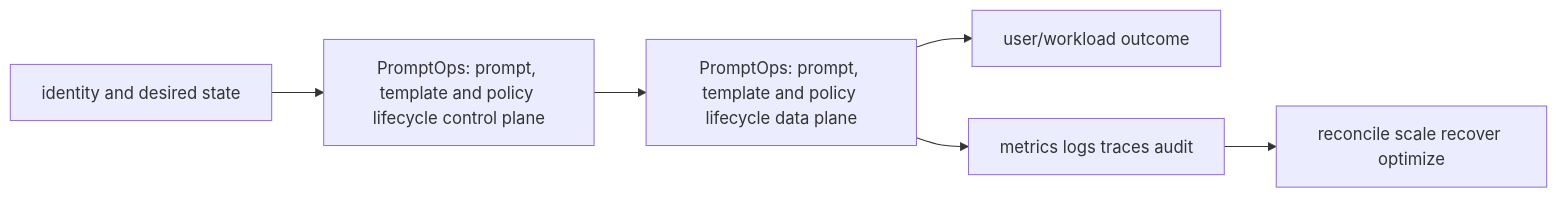
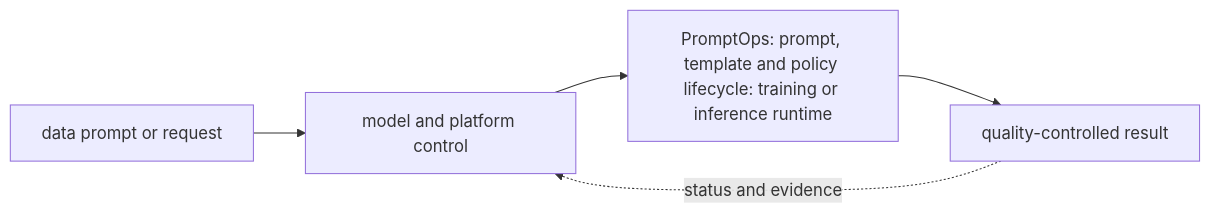
One commit to tomkidumbuyo/DevOps-interview-preparation changed the diagram in 11-ai-platform/08-mlops-and-llmops-lifecycle/16-promptops/README.md. Above: the diagram before and after it, drawn with Mermaid. The commit also changed other lines of this file and 753 other files, not shown here.

````diff
--- a/11-ai-platform/08-mlops-and-llmops-lifecycle/16-promptops/README.md
+++ b/11-ai-platform/08-mlops-and-llmops-lifecycle/16-promptops/README.md
@@ -19,8 +31,7 @@
 ```mermaid
 flowchart LR
-  I[identity and desired state] --> C[PromptOps: prompt, template and policy lifecycle control plane]
-  C --> D[PromptOps: prompt, template and policy lifecycle data plane]
-  D --> U[user/workload outcome]
-  D --> O[metrics logs traces audit]
-  O --> R[reconcile scale recover optimize]
+  A["data prompt or request"] --> B["model and platform control"]
+  B --> C["PromptOps: prompt, template and policy lifecycle: training or inference runtime"]
+  C --> D["quality-controlled result"]
+  D -. "status and evidence" .-> B
 ```
````
